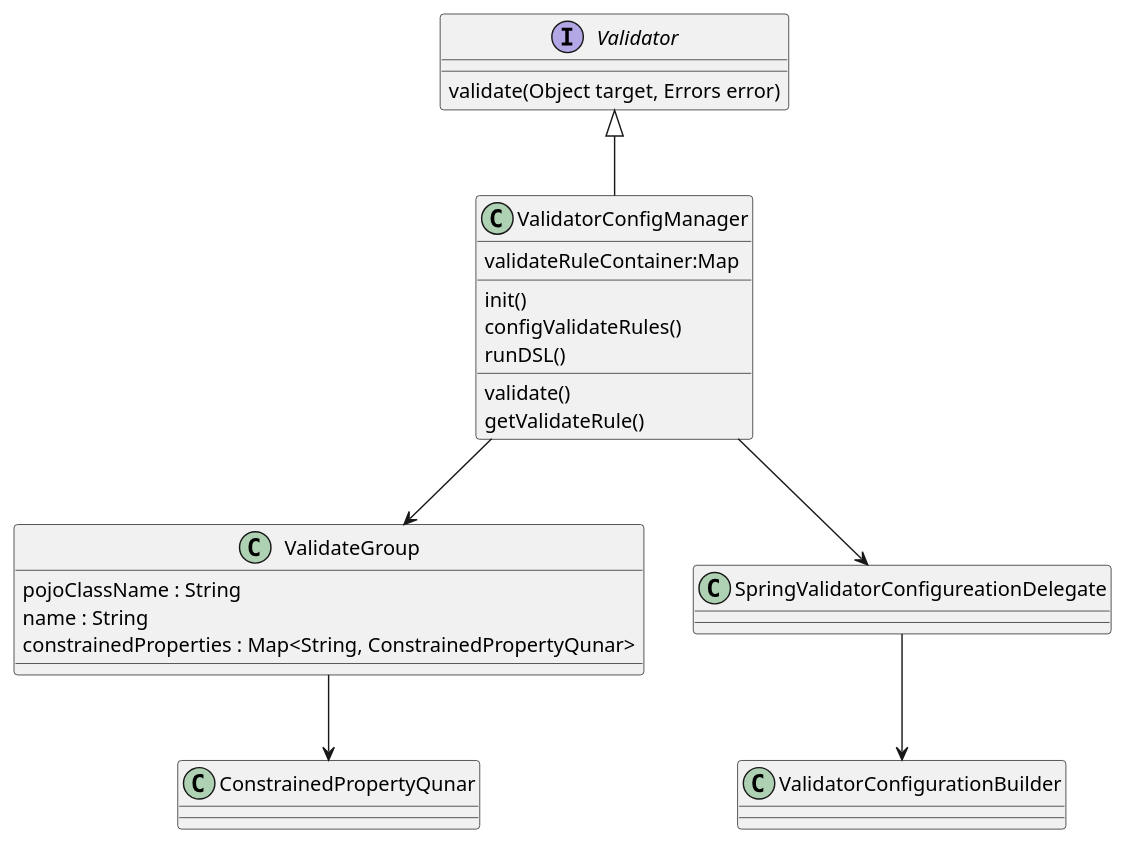
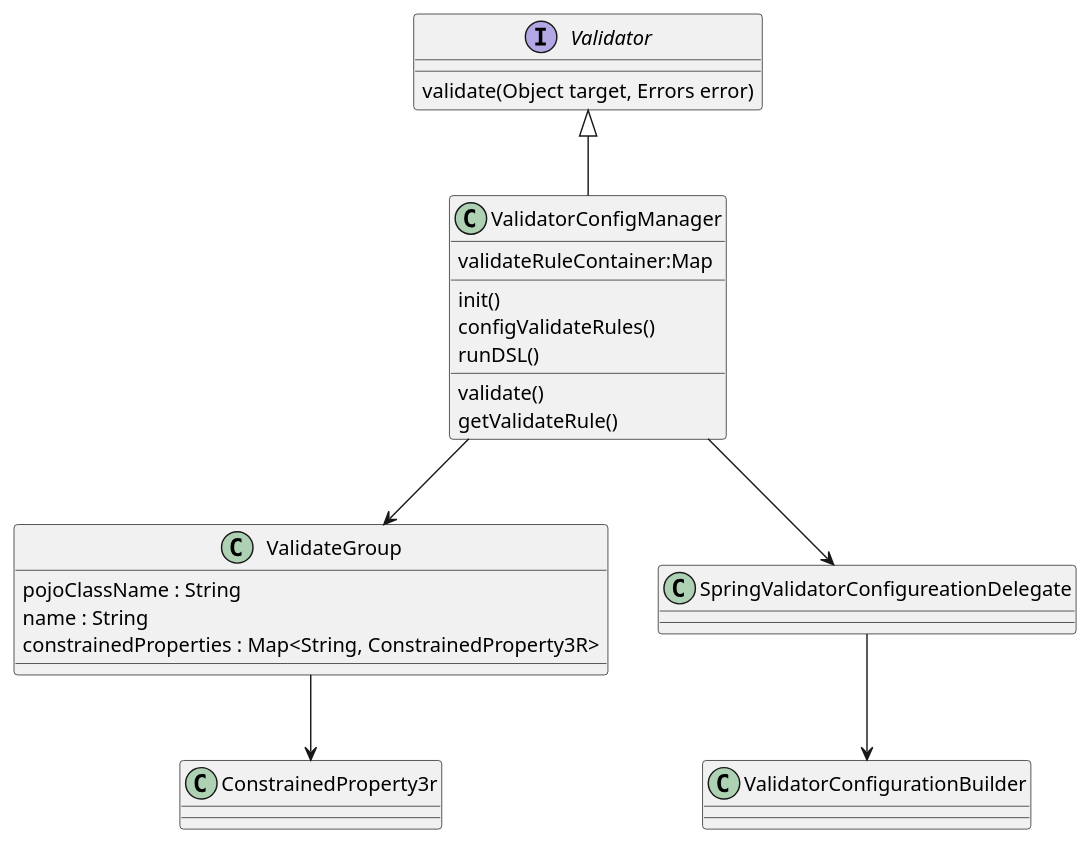
One commit to jetgeng/jetgeng.github.com changed the second of 2 diagrams in 2014/05/25/validateenchance.rst. Above: the diagram before and after it, drawn with PlantUML. The commit also changed 8 other files, not shown here.

```diff
--- a/2014/05/25/validateenchance.rst
+++ b/2014/05/25/validateenchance.rst
@@ -165,32 +165,32 @@
 .. uml::
 
     interface Validator{
         validate(Object target, Errors error)
     }
 
     class ValidatorConfigManager{
         validateRuleContainer:Map
         __
         init()
         configValidateRules()
         runDSL()
         __
         validate()
         getValidateRule()
     }
 
     class ValidateGroup{
        pojoClassName : String
        name : String
-       constrainedProperties : Map<String, ConstrainedPropertyQunar>
+       constrainedProperties : Map<String, ConstrainedProperty3R>
     }
 
-    class ConstrainedPropertyQunar{
+    class ConstrainedProperty3r{
         
     }
 
     Validator <|-- ValidatorConfigManager 
     ValidatorConfigManager --> ValidateGroup 
-    ValidateGroup --> ConstrainedPropertyQunar
+    ValidateGroup --> ConstrainedProperty3r
     ValidatorConfigManager --> SpringValidatorConfigureationDelegate
     SpringValidatorConfigureationDelegate --> ValidatorConfigurationBuilder
```
